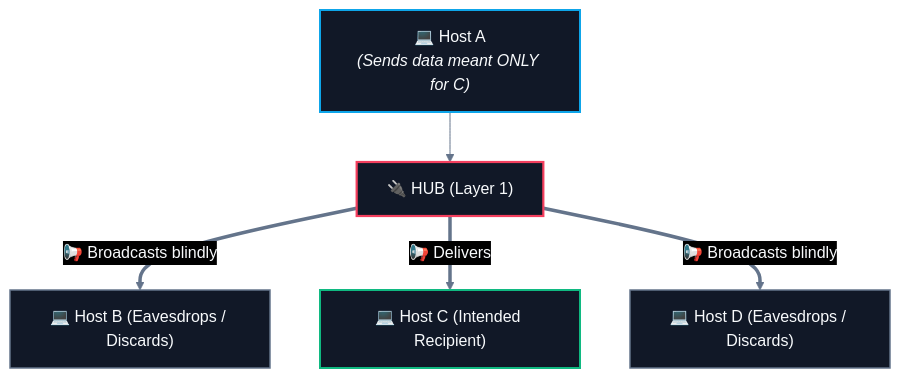
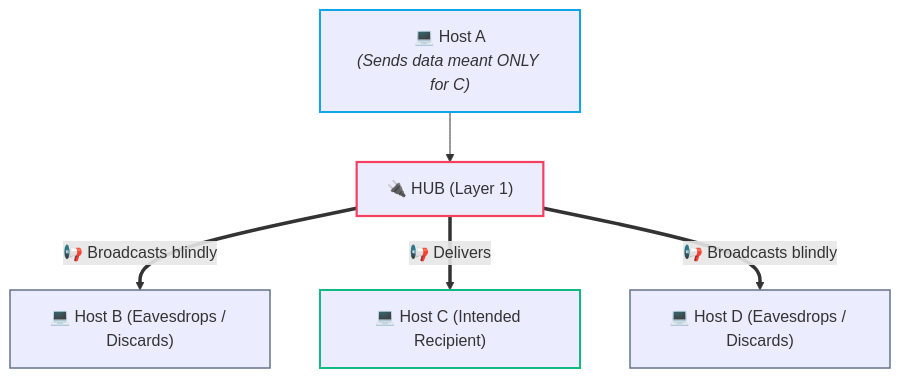
One commit to abhinavbharti2345/CS_Notes changed the first of 5 diagrams in CS/Computer Networking/01. Architecture & Fundamentals/05. Network Hardware - Hub, Switch, Router, Modem.md. Above: the diagram before and after it, drawn with Mermaid. The commit also changed other lines of this file and 91 other files, not shown here.

````diff
--- a/CS/Computer Networking/01. Architecture & Fundamentals/05. Network Hardware - Hub, Switch, Router, Modem.md
+++ b/CS/Computer Networking/01. Architecture & Fundamentals/05. Network Hardware - Hub, Switch, Router, Modem.md
@@ -32,18 +32,17 @@
 ```mermaid
-%%{init: {'theme': 'base', 'themeVariables': { 'darkMode': true, 'background': '#0B0F14', 'mainBkg': '#111827', 'primaryColor': '#111827', 'primaryTextColor': '#F8FAFC', 'primaryBorderColor': '#38BDF8', 'lineColor': '#64748B', 'secondaryColor': '#0B0F14', 'tertiaryColor': '#0B0F14', 'clusterBkg': '#0B0F14', 'clusterBorder': '#38BDF8' }}}%%
 flowchart TD
     HostA["💻 Host A<br><i>(Sends data meant ONLY for C)</i>"] --> Hub["🔌 HUB (Layer 1)"]
     Hub ==>|"📢 Broadcasts blindly"| HostB["💻 Host B (Eavesdrops / Discards)"]
     Hub ==>|"📢 Delivers"| HostC["💻 Host C (Intended Recipient)"]
     Hub ==>|"📢 Broadcasts blindly"| HostD["💻 Host D (Eavesdrops / Discards)"]
 
-    classDef sender fill:#111827,stroke:#0ea5e9,stroke-width:2px,color:#F8FAFC;
-    classDef hub fill:#111827,stroke:#f43f5e,stroke-width:2.2px,color:#F8FAFC;
-    classDef target fill:#111827,stroke:#10b981,stroke-width:2px,color:#F8FAFC;
-    classDef discard fill:#111827,stroke:#64748b,stroke-width:1.5px,color:#F8FAFC;
+    classDef sender stroke:#0ea5e9,stroke-width:2px;
+    classDef hub stroke:#f43f5e,stroke-width:2.2px;
+    classDef target stroke:#10b981,stroke-width:2px;
+    classDef discard stroke:#64748b,stroke-width:1.5px;
 
     class HostA sender;
     class Hub hub;
     class HostC target;
     class HostB,HostD discard;
 ```
````
